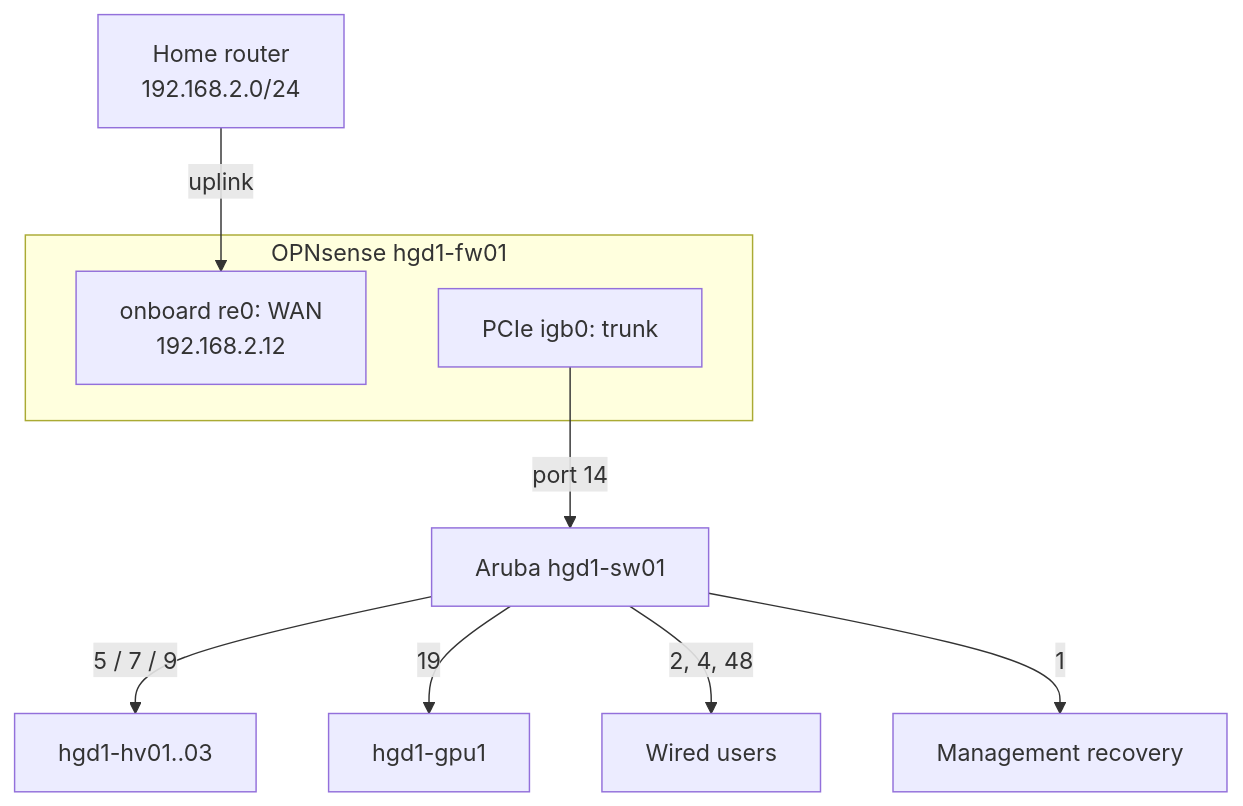
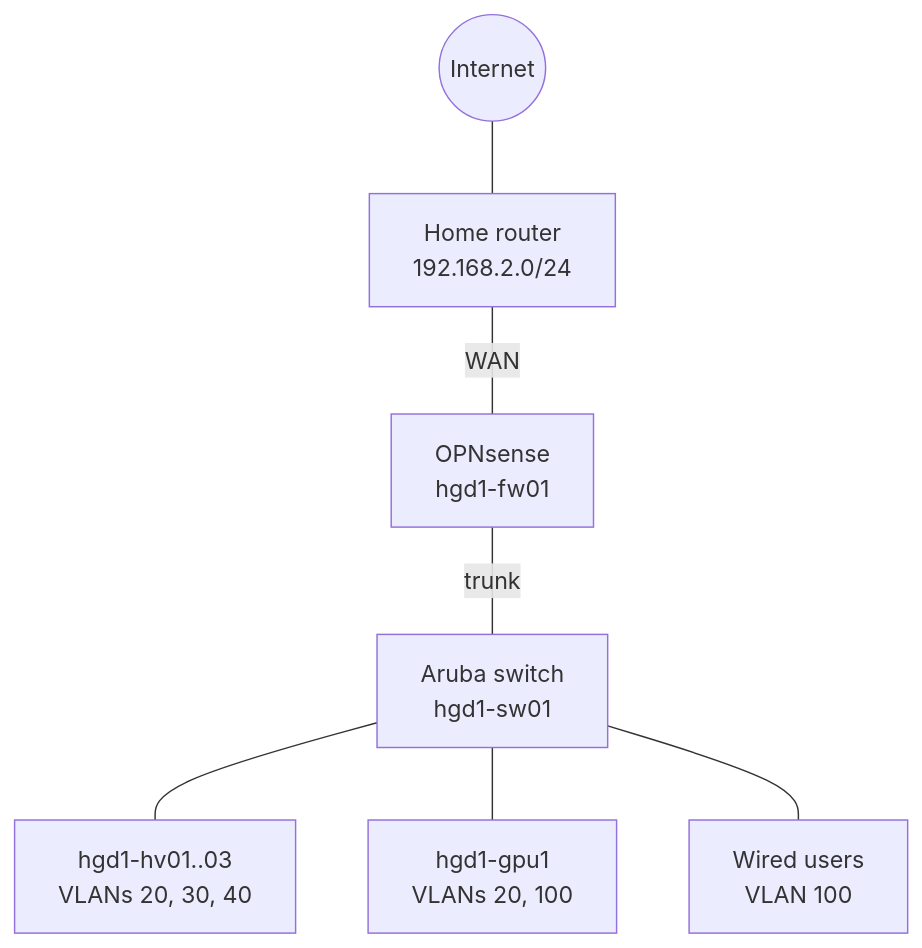
Before and after one commit to jurrebuunk/hgd1-network: the diagram in docs/index.md, drawn with Mermaid. The commit also changed other lines of this file and 7 other files, not shown here.

````diff
--- a/docs/index.md
+++ b/docs/index.md
@@ -28,13 +77,9 @@
 ```mermaid
 flowchart TB
-  home[Home router<br/>192.168.2.0/24] -- uplink --> wan
-  subgraph fw [OPNsense hgd1-fw01]
-    wan[onboard re0: WAN<br/>192.168.2.12]
-    lan[PCIe igb0: trunk]
-  end
-  lan -- port 14 --> sw[Aruba hgd1-sw01]
-  sw -- 5 / 7 / 9 --> hvs[hgd1-hv01..03]
-  sw -- 19 --> gpu[hgd1-gpu1]
-  sw -- 2, 4, 48 --> users[Wired users]
-  sw -- 1 --> mgmt[Management recovery]
+  internet((Internet)) --- home[Home router<br/>192.168.2.0/24]
+  home -- WAN --- fw[OPNsense<br/>hgd1-fw01]
+  fw -- trunk --- sw[Aruba switch<br/>hgd1-sw01]
+  sw --- hvs[hgd1-hv01..03<br/>VLANs 20, 30, 40]
+  sw --- gpu[hgd1-gpu1<br/>VLANs 20, 100]
+  sw --- users[Wired users<br/>VLAN 100]
 ```
````
